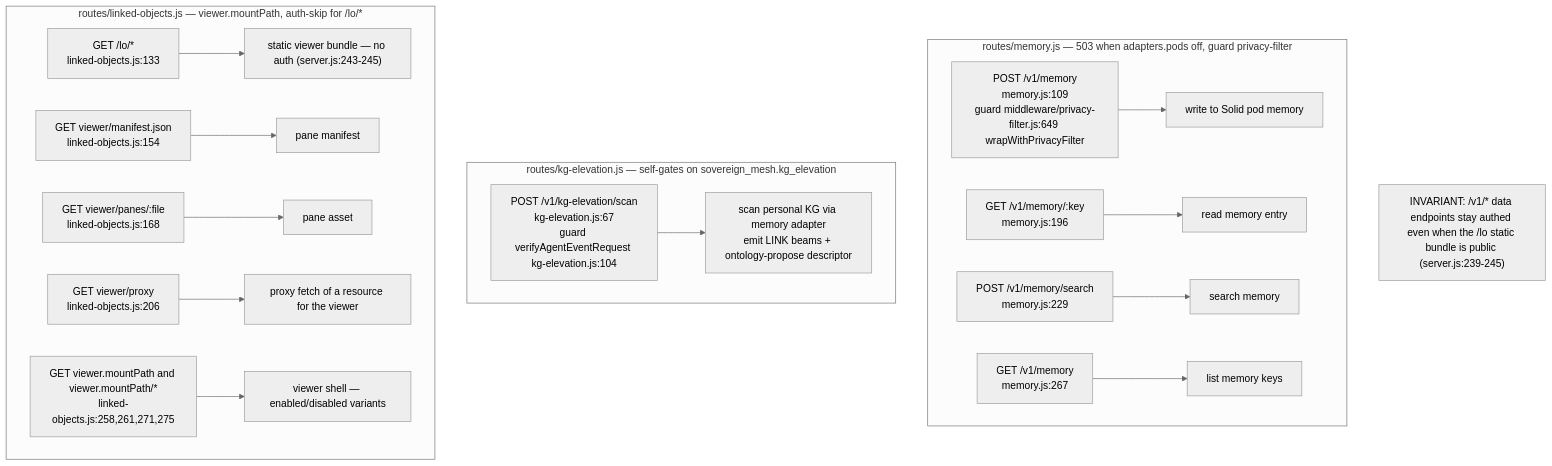
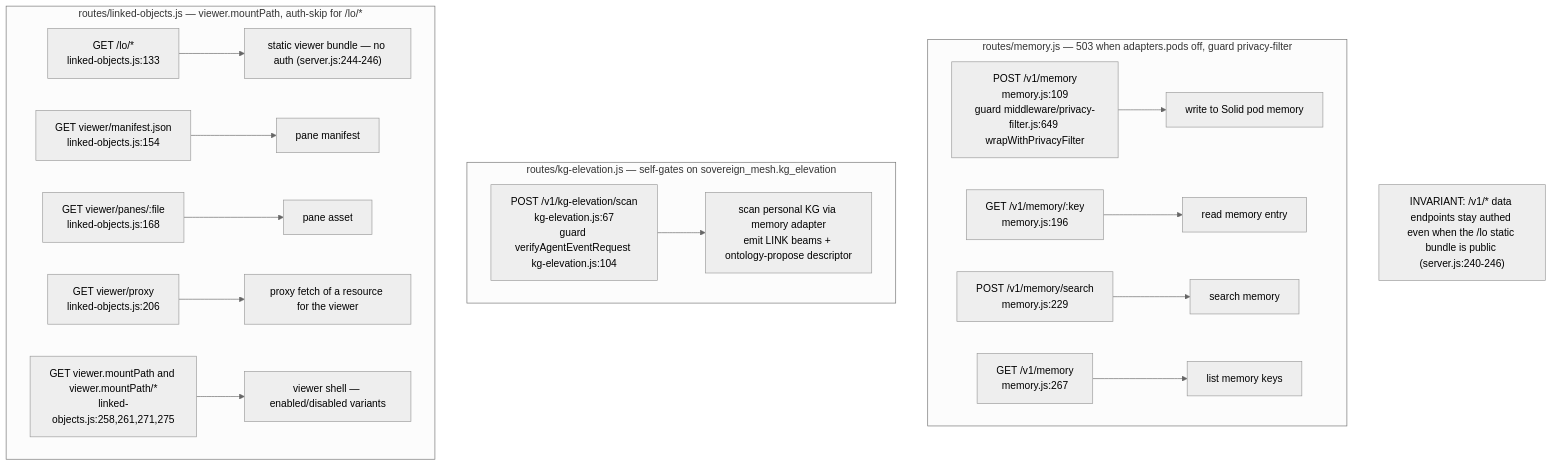
One commit to DreamLab-AI/VisionFlow changed the eighth of 17 diagrams in docs/diagrams/agentbox/03-management-api-request-lifecycle.md. Above: the diagram before and after it, drawn with Mermaid (neutral theme). The commit also changed other lines of this file and 28 other files, not shown here.

````diff
--- a/docs/diagrams/agentbox/03-management-api-request-lifecycle.md
+++ b/docs/diagrams/agentbox/03-management-api-request-lifecycle.md
@@ -331,20 +332,20 @@
 ```mermaid
 flowchart TD
     subgraph memory["routes/memory.js — 503 when adapters.pods off, guard privacy-filter"]
         M1["POST /v1/memory<br/>memory.js:109<br/>guard middleware/privacy-filter.js:649 wrapWithPrivacyFilter"] --> MH1["write to Solid pod memory"]
         M2["GET /v1/memory/:key<br/>memory.js:196"] --> MH2["read memory entry"]
         M3["POST /v1/memory/search<br/>memory.js:229"] --> MH3["search memory"]
         M4["GET /v1/memory<br/>memory.js:267"] --> MH4["list memory keys"]
     end
     subgraph kg["routes/kg-elevation.js — self-gates on sovereign_mesh.kg_elevation"]
         K1["POST /v1/kg-elevation/scan<br/>kg-elevation.js:67<br/>guard verifyAgentEventRequest kg-elevation.js:104"] --> KH1["scan personal KG via memory adapter<br/>emit LINK beams + ontology-propose descriptor"]
     end
     subgraph lo["routes/linked-objects.js — viewer.mountPath, auth-skip for /lo/*"]
-        L1["GET /lo/*<br/>linked-objects.js:133"] --> LH1["static viewer bundle — no auth (server.js:243-245)"]
+        L1["GET /lo/*<br/>linked-objects.js:133"] --> LH1["static viewer bundle — no auth (server.js:244-246)"]
         L2["GET viewer/manifest.json<br/>linked-objects.js:154"] --> LH2["pane manifest"]
         L3["GET viewer/panes/:file<br/>linked-objects.js:168"] --> LH3["pane asset"]
         L4["GET viewer/proxy<br/>linked-objects.js:206"] --> LH4["proxy fetch of a resource for the viewer"]
         L5["GET viewer.mountPath and viewer.mountPath/*<br/>linked-objects.js:258,261,271,275"] --> LH5["viewer shell — enabled/disabled variants"]
     end
-    Note1["INVARIANT: /v1/* data endpoints stay authed even when the /lo static bundle is public (server.js:239-245)"]
+    Note1["INVARIANT: /v1/* data endpoints stay authed even when the /lo static bundle is public (server.js:240-246)"]
 ```
````
